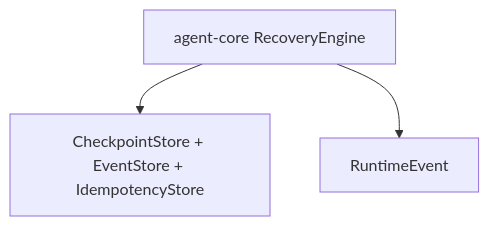
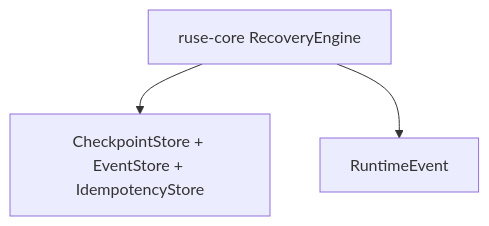
Before and after one commit to poneding/agent: the diagram in docs/specs/M04-03-recovery-flow.spec.md, drawn with Mermaid. The commit also changed other lines of this file and 2091 other files, not shown here.

First line of the commit message:
refactor: rename agent branding to ruse

````diff
--- a/docs/specs/M04-03-recovery-flow.spec.md
+++ b/docs/specs/M04-03-recovery-flow.spec.md
@@ -31,5 +31,5 @@
 ```mermaid
 flowchart TD
-  agent_core["agent-core RecoveryEngine"] --> agent_storage["CheckpointStore + EventStore + IdempotencyStore"]
-  agent_core --> agent_types["RuntimeEvent"]
+  ruse_core["ruse-core RecoveryEngine"] --> ruse_storage["CheckpointStore + EventStore + IdempotencyStore"]
+  ruse_core --> ruse_types["RuntimeEvent"]
 ```
````
